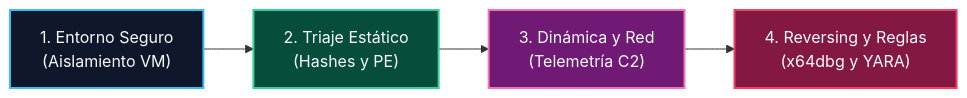
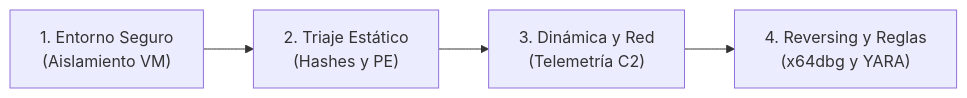
The first of 2 diagrams in malware-analysis/README.md (purpesec/Cybersecurity-For-Beginners), drawn with Mermaid before and after one commit. The commit also changed other lines of this file and 4 other files, not shown here.

Commit message:
style: remover classDef y colores personalizados para usar estilo nativo estandar de Mermaid

````diff
--- a/malware-analysis/README.md
+++ b/malware-analysis/README.md
@@ -16,9 +16,4 @@
 ```mermaid
 flowchart LR
-    classDef c1 fill:#0f172a,stroke:#38bdf8,stroke-width:2px,color:#f8fafc;
-    classDef c2 fill:#064e3b,stroke:#34d399,stroke-width:2px,color:#f8fafc;
-    classDef c3 fill:#701a75,stroke:#f472b6,stroke-width:2px,color:#f8fafc;
-    classDef c4 fill:#831843,stroke:#f43f5e,stroke-width:2px,color:#f8fafc;
-
-    P1["1. Entorno Seguro\n(Aislamiento VM)"]:::c1 --> P2["2. Triaje Estático\n(Hashes y PE)"]:::c2 --> P3["3. Dinámica y Red\n(Telemetría C2)"]:::c3 --> P4["4. Reversing y Reglas\n(x64dbg y YARA)"]:::c4
+    P1["1. Entorno Seguro\n(Aislamiento VM)"] --> P2["2. Triaje Estático\n(Hashes y PE)"] --> P3["3. Dinámica y Red\n(Telemetría C2)"] --> P4["4. Reversing y Reglas\n(x64dbg y YARA)"]
 ```
````
